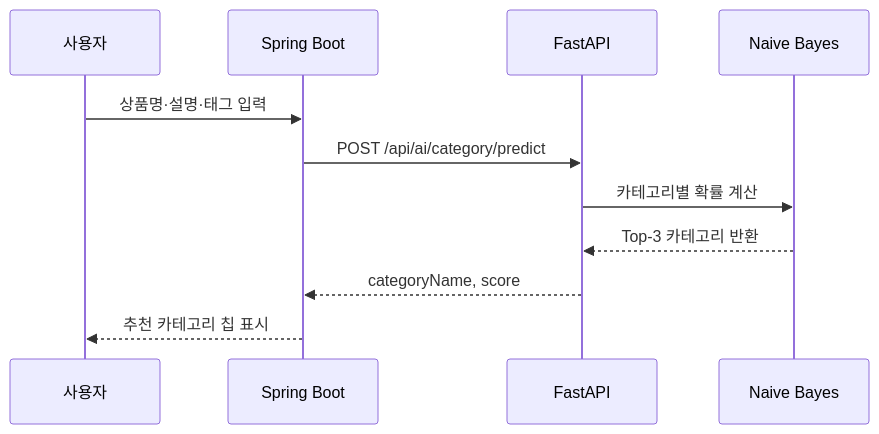
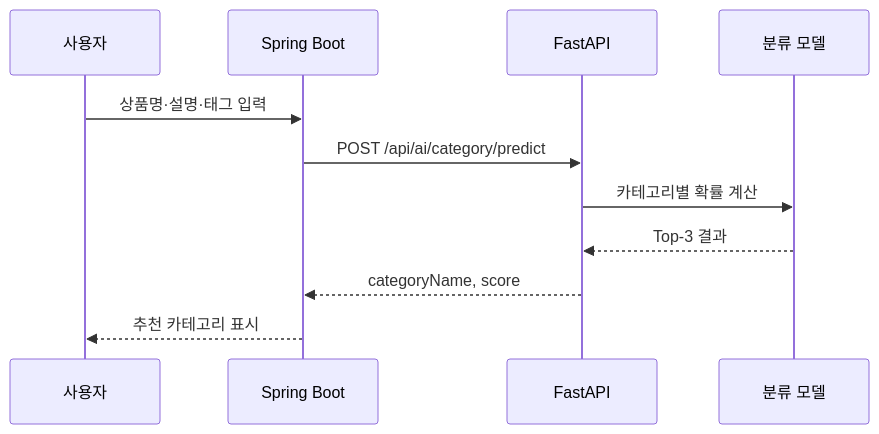
The second of 5 diagrams in README.md (tomatosugarpickled/announcement-_ai), drawn with Mermaid before and after one commit. The commit also changed other lines of this file, not shown here.

````diff
--- a/README.md
+++ b/README.md
@@ -160,14 +166,14 @@
 ```mermaid
 sequenceDiagram
     participant User as 사용자
     participant Spring as Spring Boot
     participant FastAPI as FastAPI
-    participant Model as Naive Bayes
+    participant Model as 분류 모델
 
     User->>Spring: 상품명·설명·태그 입력
     Spring->>FastAPI: POST /api/ai/category/predict
     FastAPI->>Model: 카테고리별 확률 계산
-    Model-->>FastAPI: Top-3 카테고리 반환
+    Model-->>FastAPI: Top-3 결과
     FastAPI-->>Spring: categoryName, score
-    Spring-->>User: 추천 카테고리 칩 표시
+    Spring-->>User: 추천 카테고리 표시
 ```
````
